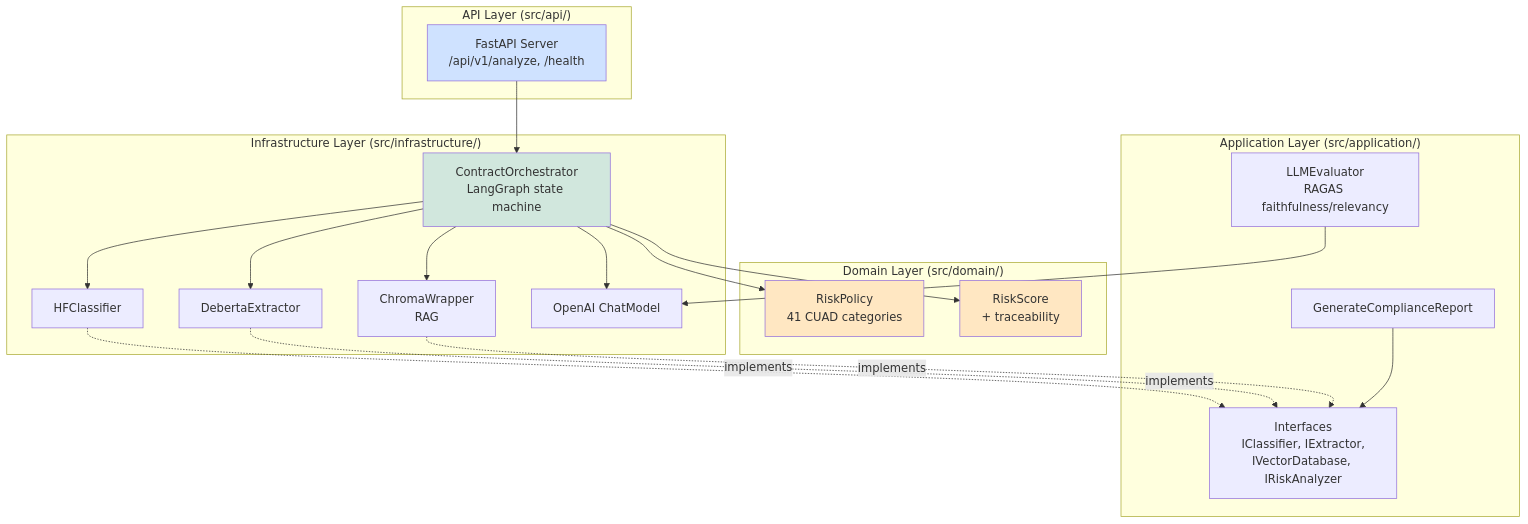
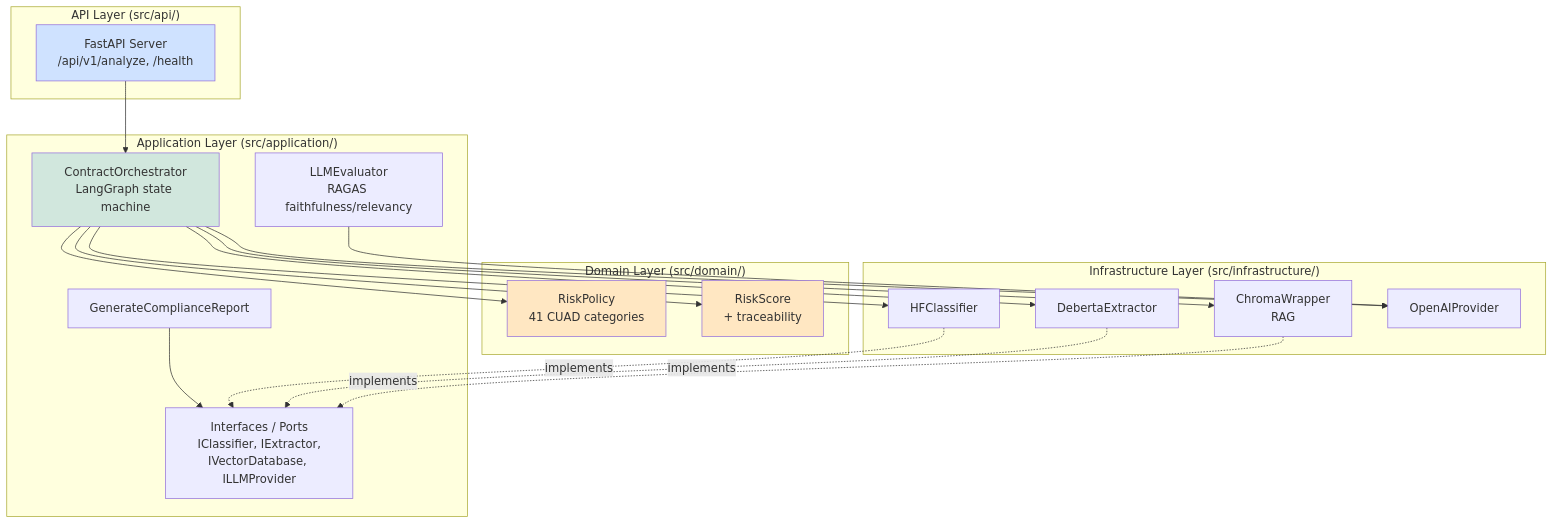
The first of 5 diagrams in docs/arch.md (milanovicmilos/contract-lens), drawn with Mermaid before and after one commit. The commit also changed other lines of this file and 2 other files, not shown here.

````diff
--- a/docs/arch.md
+++ b/docs/arch.md
@@ -8,43 +8,43 @@
 ```mermaid
 graph TB
     subgraph "API Layer (src/api/)"
         FA[FastAPI Server<br/>/api/v1/analyze, /health]
     end
 
     subgraph "Application Layer (src/application/)"
         UC[GenerateComplianceReport]
-        IF[Interfaces<br/>IClassifier, IExtractor,<br/>IVectorDatabase, IRiskAnalyzer]
+        OR[ContractOrchestrator<br/>LangGraph state machine]
+        IF[Interfaces / Ports<br/>IClassifier, IExtractor,<br/>IVectorDatabase, ILLMProvider]
         EV[LLMEvaluator<br/>RAGAS faithfulness/relevancy]
     end
 
     subgraph "Domain Layer (src/domain/)"
         RP[RiskPolicy<br/>41 CUAD categories]
         RS[RiskScore<br/>+ traceability]
     end
 
     subgraph "Infrastructure Layer (src/infrastructure/)"
-        OR[ContractOrchestrator<br/>LangGraph state machine]
         HC[HFClassifier]
         DE[DebertaExtractor]
         CW[ChromaWrapper<br/>RAG]
-        LLM[OpenAI ChatModel]
+        LLM[OpenAIProvider]
     end
 
     FA --> OR
     OR --> HC
     OR --> DE
     OR --> CW
     OR --> LLM
     OR --> RP
     OR --> RS
     UC --> IF
     EV --> LLM
     HC -.implements.-> IF
     DE -.implements.-> IF
     CW -.implements.-> IF
 
     style FA fill:#cfe2ff
     style RP fill:#ffe7c2
     style RS fill:#ffe7c2
     style OR fill:#d1e7dd
 ```
````
